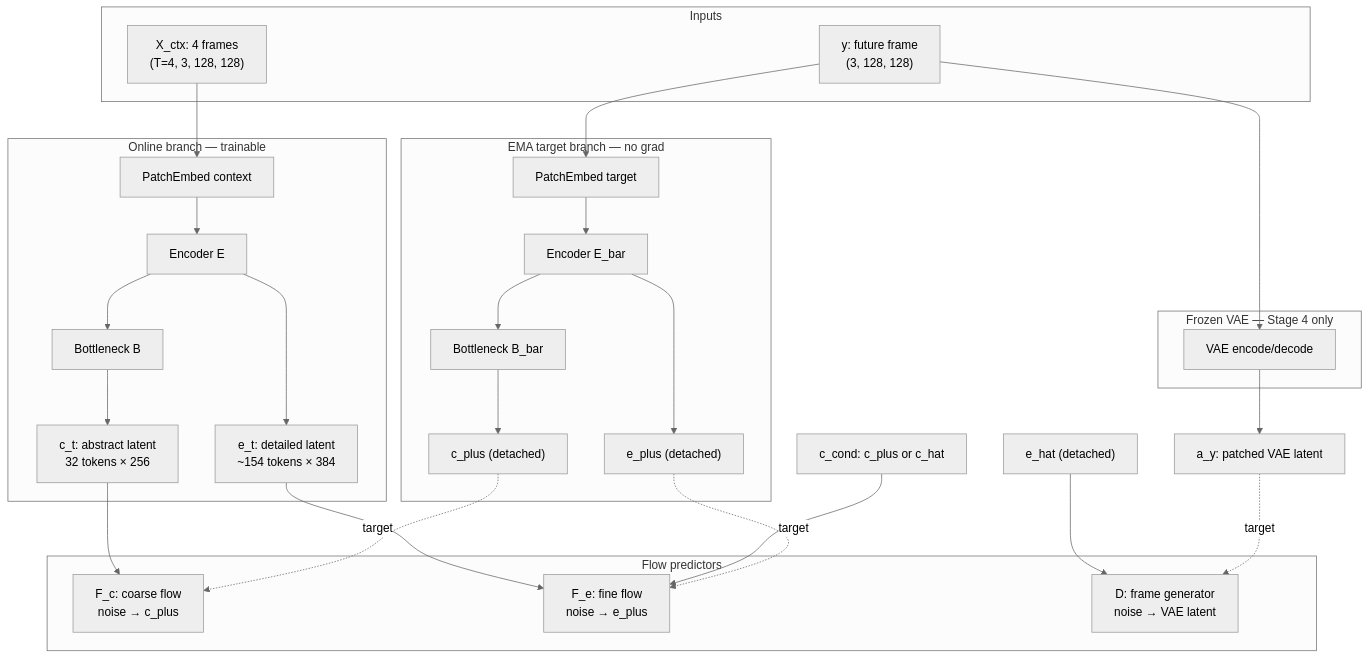
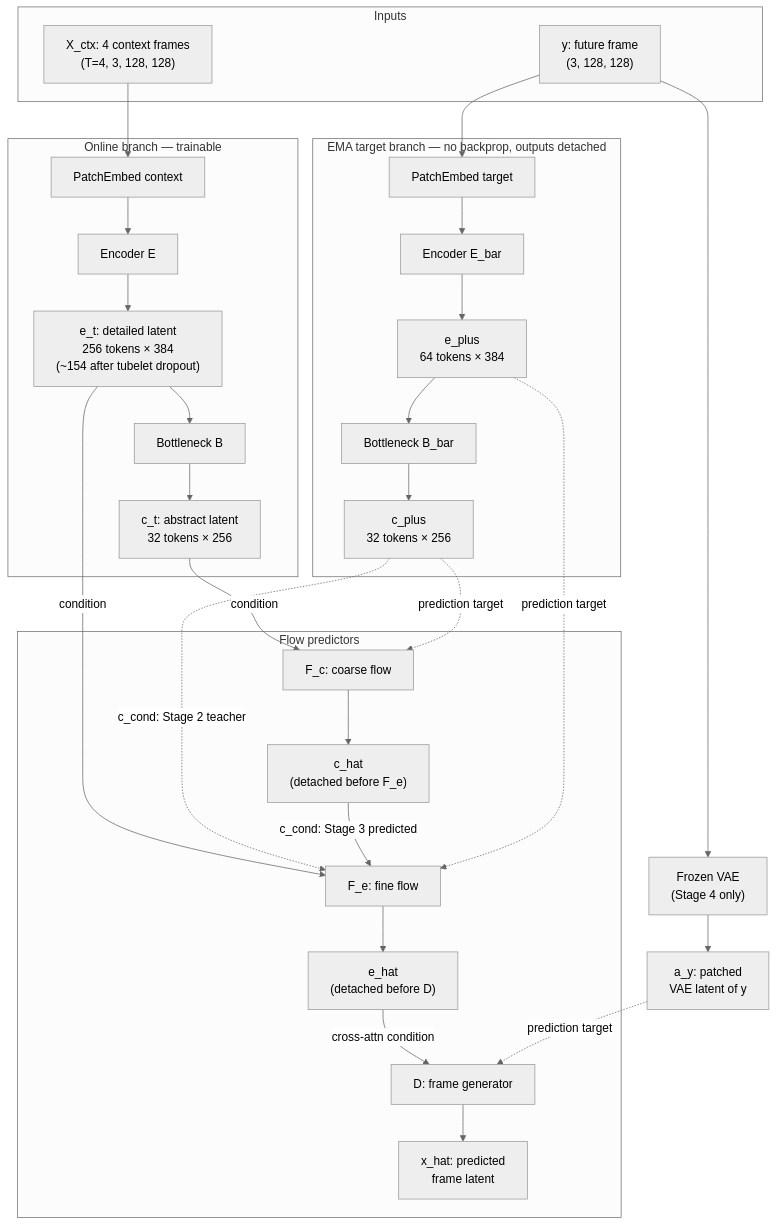
One commit to ShashwatM3/HJEPA-VWM changed the first of 3 diagrams in YOUR_FILES/ARCHITECTURE_AND_PHASES_GUIDE.md. Above: the diagram before and after it, drawn with Mermaid (neutral theme). The commit also changed other lines of this file, not shown here.

Commit message:
Enhance architecture guide with detailed explanations of model inputs, outputs, and training phases. Clarify the roles of latent variables and update flowchart for better understanding of data flow and conditioning mechanisms.

````diff
--- a/YOUR_FILES/ARCHITECTURE_AND_PHASES_GUIDE.md
+++ b/YOUR_FILES/ARCHITECTURE_AND_PHASES_GUIDE.md
@@ -61,48 +66,56 @@
 ```mermaid
 flowchart TB
     subgraph inputs [Inputs]
-        X_ctx["X_ctx: 4 frames<br/>(T=4, 3, 128, 128)"]
+        X_ctx["X_ctx: 4 context frames<br/>(T=4, 3, 128, 128)"]
         y["y: future frame<br/>(3, 128, 128)"]
     end
 
     subgraph online [Online branch — trainable]
         PE_ctx[PatchEmbed context]
         E[Encoder E]
+        e_t["e_t: detailed latent<br/>256 tokens × 384<br/>(~154 after tubelet dropout)"]
         B[Bottleneck B]
-        PE_ctx --> E --> B
-        E --> e_t["e_t: detailed latent<br/>~154 tokens × 384"]
-        B --> c_t["c_t: abstract latent<br/>32 tokens × 256"]
+        c_t["c_t: abstract latent<br/>32 tokens × 256"]
+        PE_ctx --> E --> e_t --> B --> c_t
     end
 
-    subgraph target [EMA target branch — no grad]
+    subgraph target [EMA target branch — no backprop, outputs detached]
         PE_tgt[PatchEmbed target]
         E_bar[Encoder E_bar]
+        e_plus["e_plus<br/>64 tokens × 384"]
         B_bar[Bottleneck B_bar]
-        PE_tgt --> E_bar --> B_bar
-        E_bar --> e_plus["e_plus (detached)"]
-        B_bar --> c_plus["c_plus (detached)"]
+        c_plus["c_plus<br/>32 tokens × 256"]
+        PE_tgt --> E_bar --> e_plus --> B_bar --> c_plus
     end
 
     subgraph flows [Flow predictors]
-        F_c["F_c: coarse flow<br/>noise → c_plus"]
-        F_e["F_e: fine flow<br/>noise → e_plus"]
-        D["D: frame generator<br/>noise → VAE latent"]
+        F_c["F_c: coarse flow"]
+        c_hat["c_hat<br/>(detached before F_e)"]
+        F_e["F_e: fine flow"]
+        e_hat["e_hat<br/>(detached before D)"]
+        D["D: frame generator"]
+        x_hat["x_hat: predicted<br/>frame latent"]
+        F_c --> c_hat
+        F_e --> e_hat
+        D --> x_hat
     end
 
-    subgraph vae [Frozen VAE — Stage 4 only]
-        VAE[VAE encode/decode]
-    end
+    VAE["Frozen VAE<br/>(Stage 4 only)"]
+    a_y["a_y: patched<br/>VAE latent of y"]
 
     X_ctx --> PE_ctx
     y --> PE_tgt
     y --> VAE
+    VAE --> a_y
 
-    c_t --> F_c
-    c_plus -.->|target| F_c
-    e_t --> F_e
-    c_cond["c_cond: c_plus or c_hat"] --> F_e
-    e_plus -.->|target| F_e
-    e_hat["e_hat (detached)"] --> D
-    VAE --> a_y["a_y: patched VAE latent"]
-    a_y -.->|target| D
+    c_t -->|condition| F_c
+    c_plus -.->|prediction target| F_c
+
+    e_t -->|condition| F_e
+    c_plus -.->|c_cond: Stage 2 teacher| F_e
+    c_hat -->|c_cond: Stage 3 predicted| F_e
+    e_plus -.->|prediction target| F_e
+
+    e_hat -->|cross-attn condition| D
+    a_y -.->|prediction target| D
 ```
````
